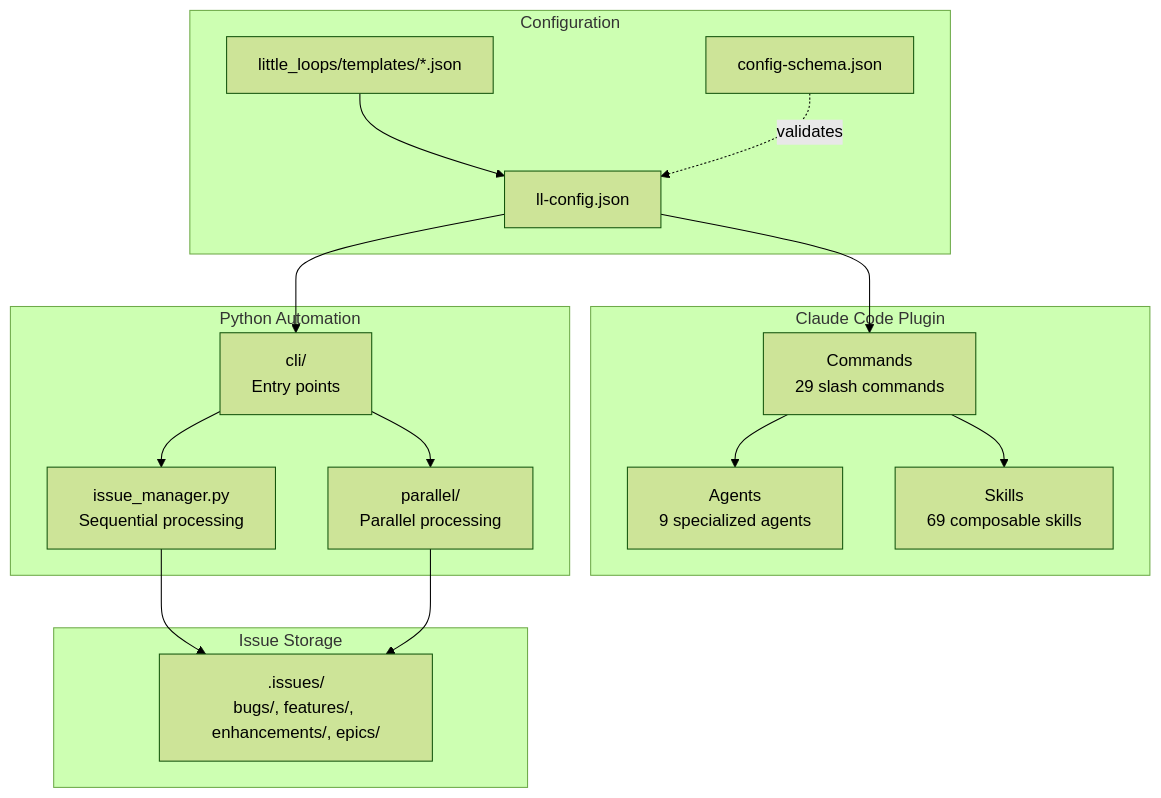
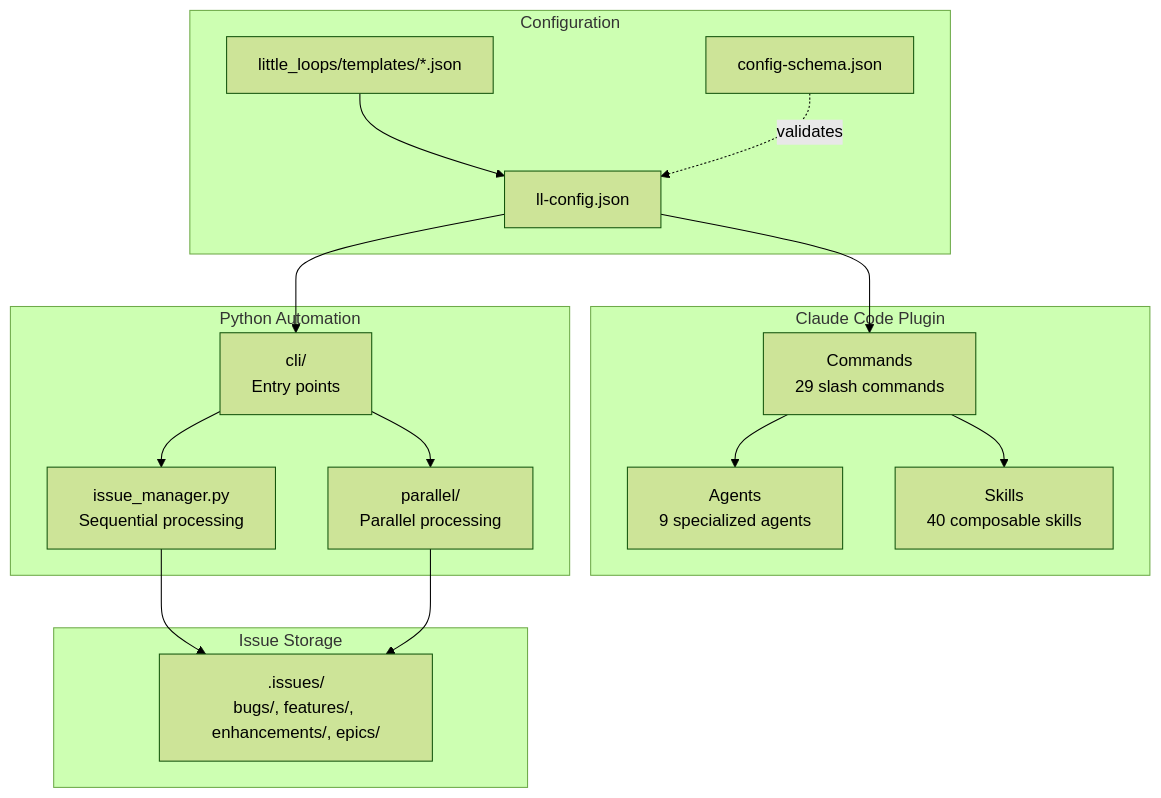
The first of 17 diagrams in docs/ARCHITECTURE.md (BrennonTWilliams/little-loops), drawn with Mermaid (forest theme) before and after one commit. The commit also changed other lines of this file and 11 other files, not shown here.

````diff
--- a/docs/ARCHITECTURE.md
+++ b/docs/ARCHITECTURE.md
@@ -21,35 +21,35 @@
 ```mermaid
 flowchart TB
     subgraph "Claude Code Plugin"
         CMD[Commands<br/>29 slash commands]
         AGT[Agents<br/>9 specialized agents]
-        SKL[Skills<br/>69 composable skills]
+        SKL[Skills<br/>40 composable skills]
     end
 
     subgraph "Configuration"
         CFG[ll-config.json]
         SCHEMA[config-schema.json]
         TPL[little_loops/templates/*.json]
     end
 
     subgraph "Python Automation"
         CLI[cli/<br/>Entry points]
         AUTO[issue_manager.py<br/>Sequential processing]
         PARALLEL[parallel/<br/>Parallel processing]
     end
 
     subgraph "Issue Storage"
         ISSUES[.issues/<br/>bugs/, features/, enhancements/, epics/]
     end
 
     CFG --> CMD
     TPL --> CFG
     SCHEMA -.->|validates| CFG
     CFG --> CLI
     CMD --> AGT
     CMD --> SKL
     CLI --> AUTO
     CLI --> PARALLEL
     AUTO --> ISSUES
     PARALLEL --> ISSUES
 ```
````
